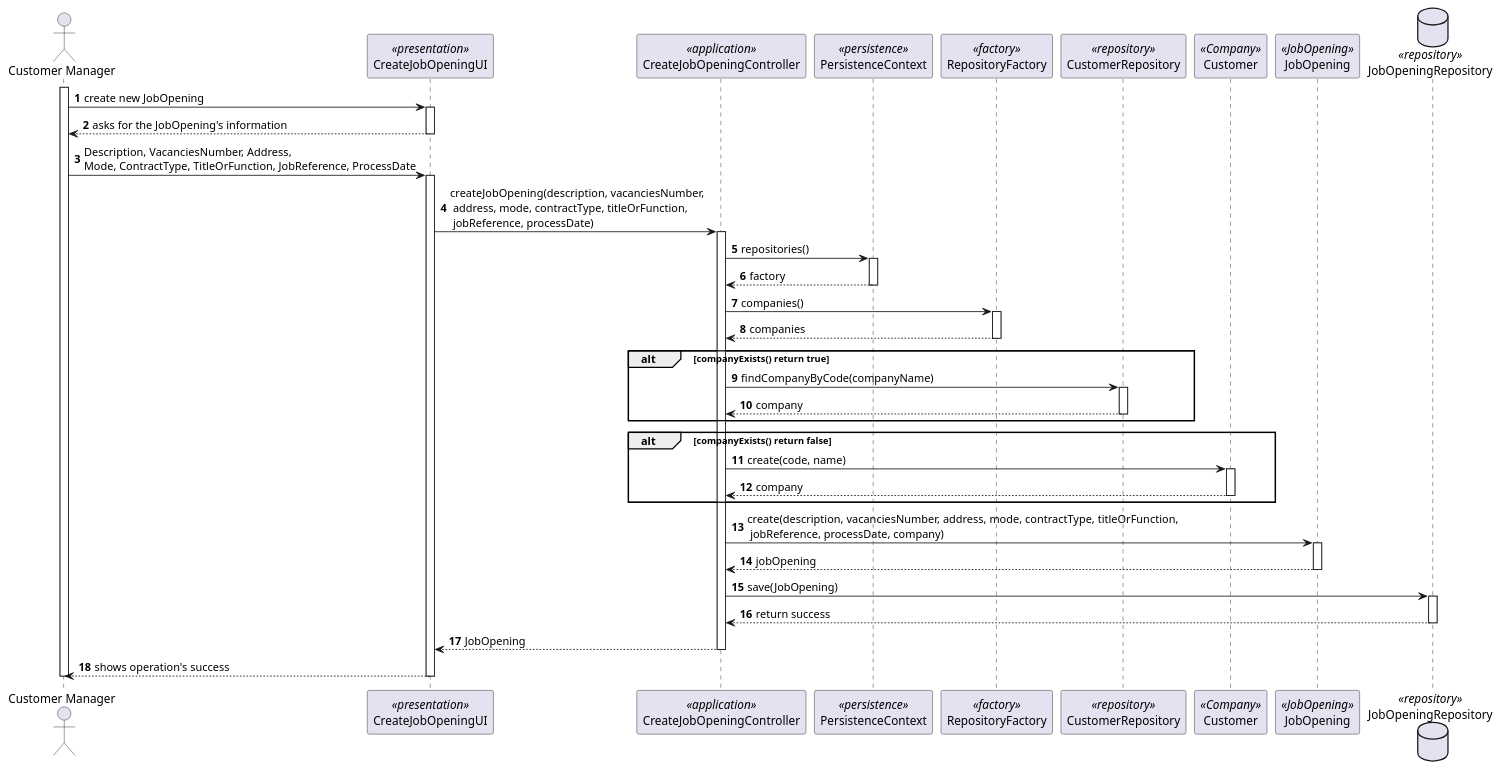
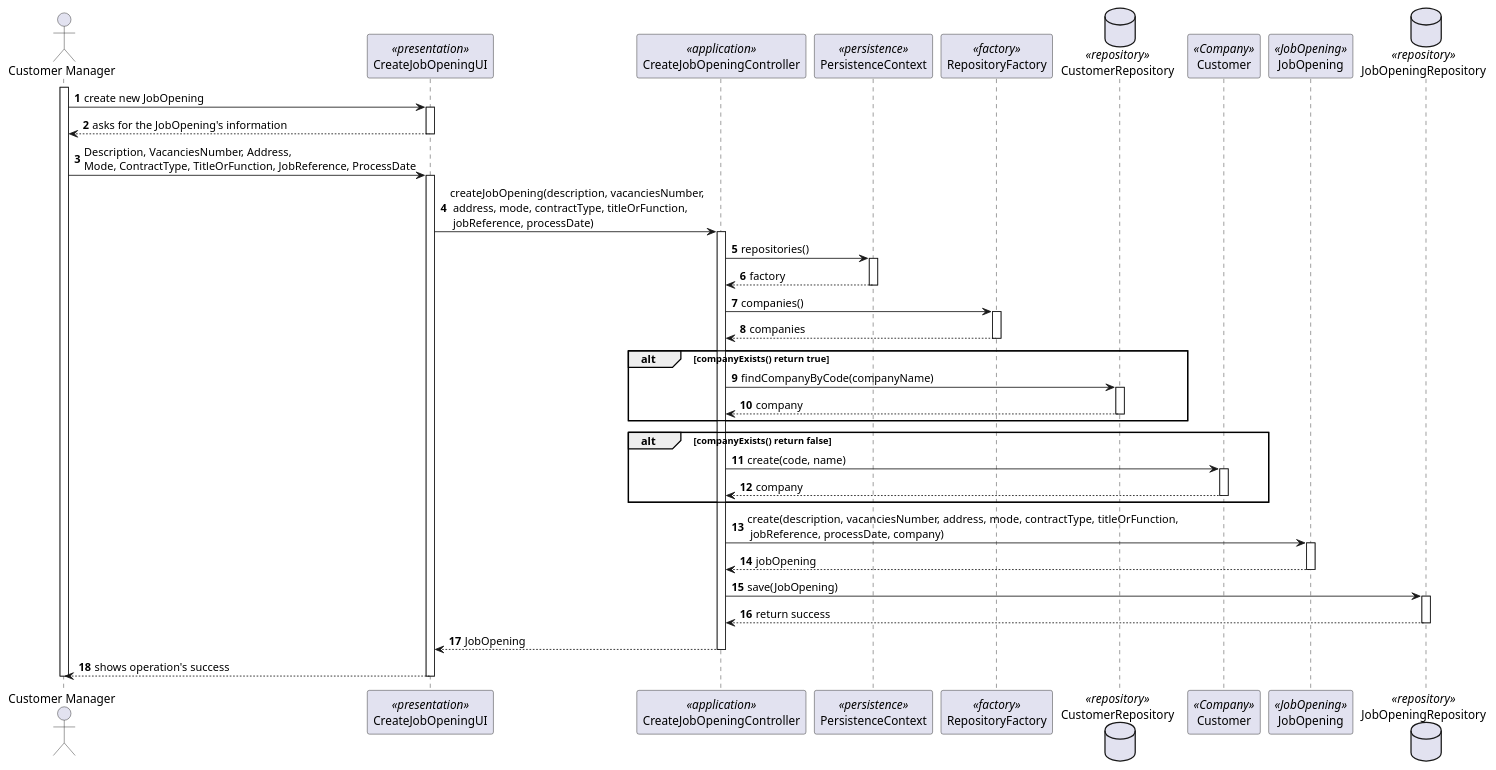
One commit to MiguelCardoso77/LAPR4 changed the diagram in docs/SprintB/1002/1002-sequence-diagram-overview.puml. Above: the diagram before and after it, drawn with PlantUML. The commit also changed 1 other file, not shown here.

Commit message:
sequence diagram overview update #10

```diff
--- a/docs/SprintB/1002/1002-sequence-diagram-overview.puml
+++ b/docs/SprintB/1002/1002-sequence-diagram-overview.puml
@@ -1,94 +1,94 @@
 @startuml
 autonumber
 
 
 actor "Customer Manager" as CM
 participant CreateJobOpeningUI <<presentation>>
-participant CreateJobOpeningController<<application>>
-participant PersistenceContext<<persistence>>
-participant RepositoryFactory<<factory>>
-participant CustomerRepository <<repository>>
+participant CreateJobOpeningController <<application>>
+participant PersistenceContext <<persistence>>
+participant RepositoryFactory <<factory>>
+database CustomerRepository <<repository>>
 participant Customer <<Company>>
 participant JobOpening <<JobOpening>>
 database JobOpeningRepository <<repository>>
 
 activate CM
 
 
     CM -> CreateJobOpeningUI: create new JobOpening
 
         activate CreateJobOpeningUI
 
     CreateJobOpeningUI --> CM: asks for the JobOpening's information
 
         deactivate CreateJobOpeningUI
 
     CM -> CreateJobOpeningUI : Description, VacanciesNumber, Address, \nMode, ContractType, TitleOrFunction, JobReference, ProcessDate
 
         activate CreateJobOpeningUI
 
     CreateJobOpeningUI -> CreateJobOpeningController: createJobOpening(description, vacanciesNumber, \n address, mode, contractType, titleOrFunction, \n jobReference, processDate)
 
         activate CreateJobOpeningController
 
     CreateJobOpeningController -> PersistenceContext : repositories()
 
         activate PersistenceContext
 
     PersistenceContext --> CreateJobOpeningController : factory
 
         deactivate PersistenceContext
 
     CreateJobOpeningController -> RepositoryFactory : companies()
 
         activate RepositoryFactory
 
     RepositoryFactory --> CreateJobOpeningController : companies
 
         deactivate RepositoryFactory
 
 alt companyExists() return true
 
     CreateJobOpeningController -> CustomerRepository : findCompanyByCode(companyName)
         activate CustomerRepository
 
     CustomerRepository --> CreateJobOpeningController : company
         deactivate CustomerRepository
 end alt
 
 
 alt companyExists() return false
     CreateJobOpeningController -> Customer: create(code, name)
         activate Customer
 
     Customer --> CreateJobOpeningController: company
         deactivate Customer
 end alt
 
     CreateJobOpeningController -> JobOpening: create(description, vacanciesNumber, address, mode, contractType, titleOrFunction, \n jobReference, processDate, company)
 
         activate JobOpening
 
     JobOpening --> CreateJobOpeningController: jobOpening
 
         deactivate JobOpening
 
     CreateJobOpeningController -> JobOpeningRepository : save(JobOpening)
 
         activate JobOpeningRepository
 
     JobOpeningRepository --> CreateJobOpeningController: return success
 
         deactivate JobOpeningRepository
 
     CreateJobOpeningController --> CreateJobOpeningUI : JobOpening
 
         deactivate CreateJobOpeningController
 
     CreateJobOpeningUI --> CM : shows operation's success
 
         deactivate CreateJobOpeningUI
 
         deactivate CM
 
 @enduml
```
